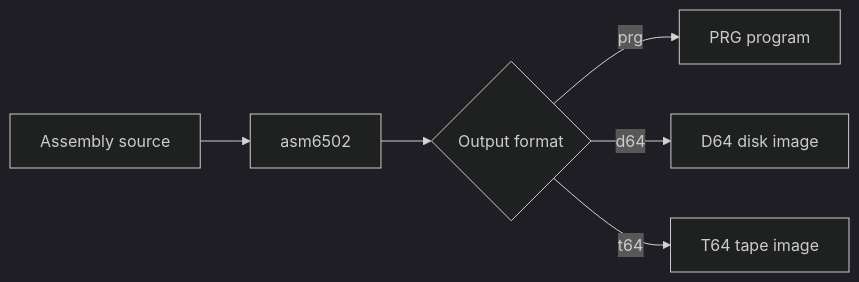
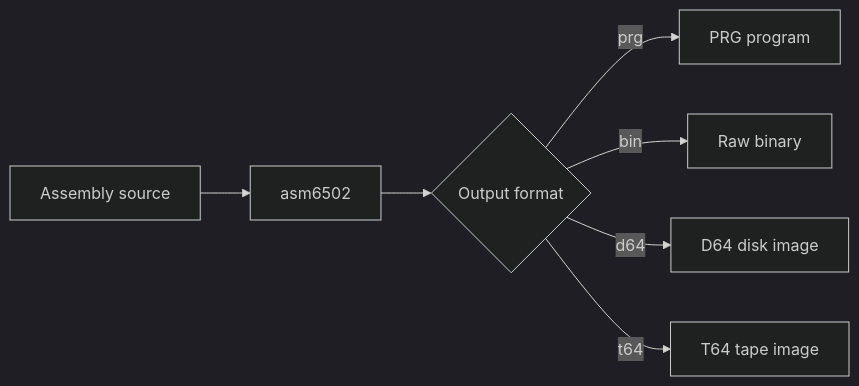
One commit to jrsteele09/go-6502-emulator changed the first of 2 diagrams in assembler/README.md. Above: the diagram before and after it, drawn with Mermaid (dark theme). The commit also changed other lines of this file and 10 other files, not shown here.

````diff
--- a/assembler/README.md
+++ b/assembler/README.md
@@ -46,8 +47,9 @@
 ```mermaid
 flowchart LR
     A[Assembly source] --> B[asm6502]
     B --> C{Output format}
     C -->|prg| D[PRG program]
-    C -->|d64| E[D64 disk image]
-    C -->|t64| F[T64 tape image]
+    C -->|bin| E[Raw binary]
+    C -->|d64| F[D64 disk image]
+    C -->|t64| G[T64 tape image]
 ```
````
